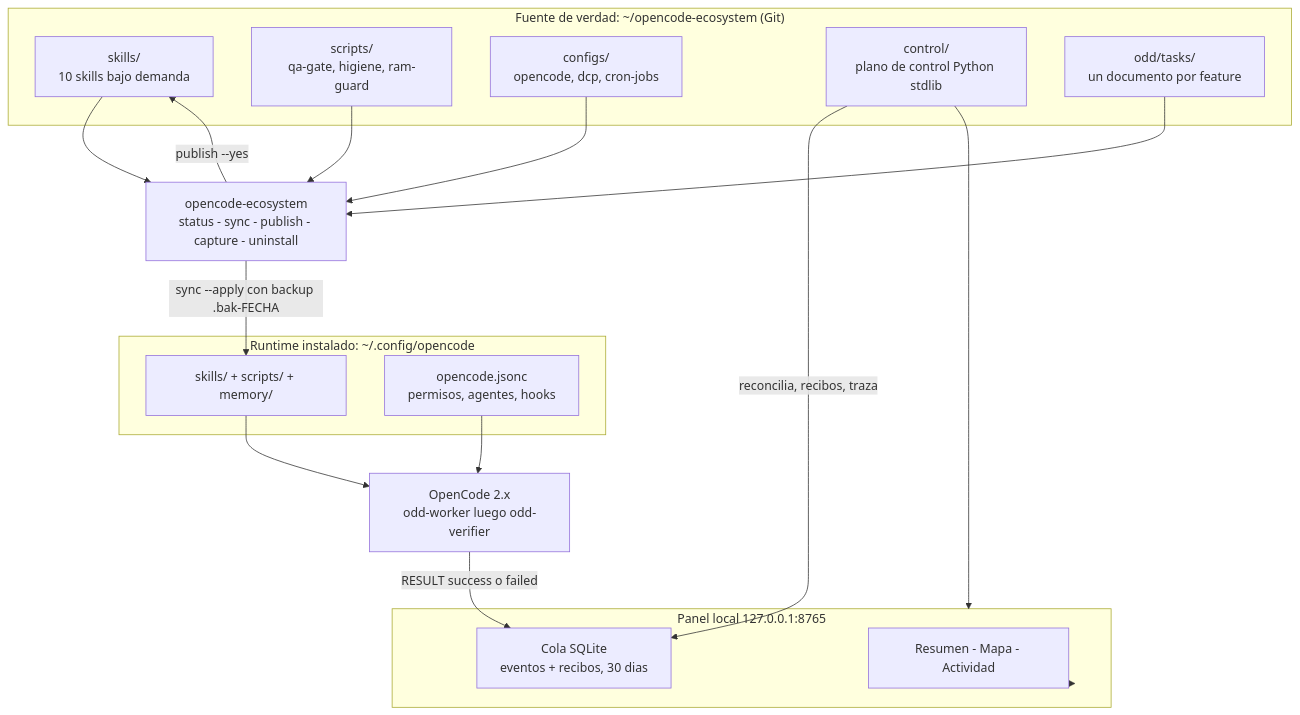
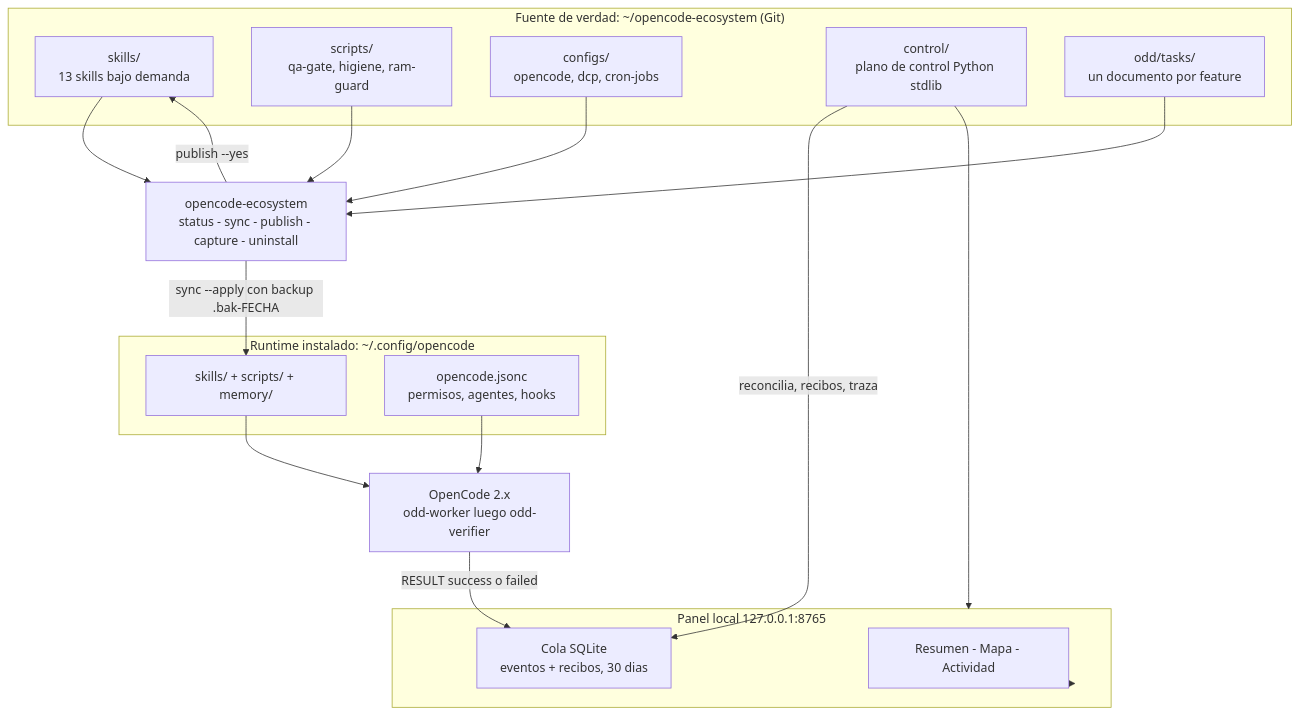
Before and after one commit to Rukawua26/opencode-ecosystem: the first of 3 diagrams in README.md, drawn with Mermaid. The commit also changed other lines of this file and 4 other files, not shown here.

````diff
--- a/README.md
+++ b/README.md
@@ -34,37 +34,37 @@
 ```mermaid
 flowchart TB
     subgraph ECO["Fuente de verdad: ~/opencode-ecosystem (Git)"]
-        A1["skills/<br/>10 skills bajo demanda"]
+        A1["skills/<br/>13 skills bajo demanda"]
         A2["scripts/<br/>qa-gate, higiene, ram-guard"]
         A3["configs/<br/>opencode, dcp, cron-jobs"]
         A4["control/<br/>plano de control Python stdlib"]
         A5["odd/tasks/<br/>un documento por feature"]
     end
 
     CLI["opencode-ecosystem<br/>status - sync - publish - capture - uninstall"]
 
     subgraph CFG["Runtime instalado: ~/.config/opencode"]
         B1["skills/ + scripts/ + memory/"]
         B2["opencode.jsonc<br/>permisos, agentes, hooks"]
     end
 
     OC["OpenCode 2.x<br/>odd-worker luego odd-verifier"]
 
     subgraph PANEL["Panel local 127.0.0.1:8765"]
         C1["Resumen - Mapa - Actividad"]
         C2["Cola SQLite<br/>eventos + recibos, 30 dias"]
     end
 
     A1 --> CLI
     A2 --> CLI
     A3 --> CLI
     A5 --> CLI
     CLI -->|"sync --apply con backup .bak-FECHA"| B1
     CLI -->|"publish --yes"| A1
     B1 --> OC
     B2 --> OC
     A4 --> PANEL
     A4 -->|"reconcilia, recibos, traza"| C2
     PANEL --> C1
     OC -->|"RESULT success o failed"| C2
 ```
````
